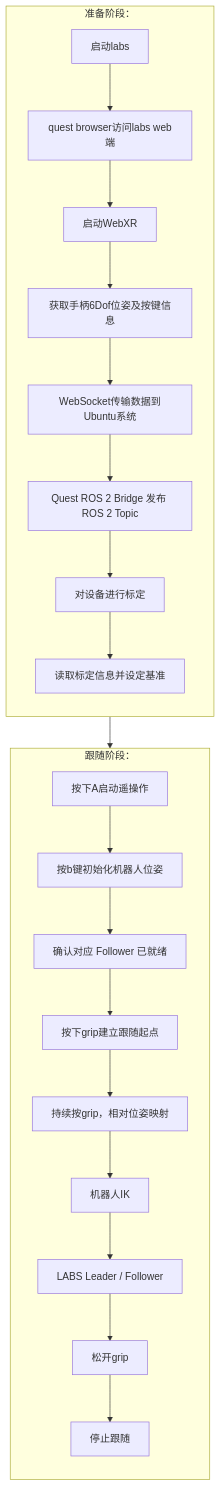
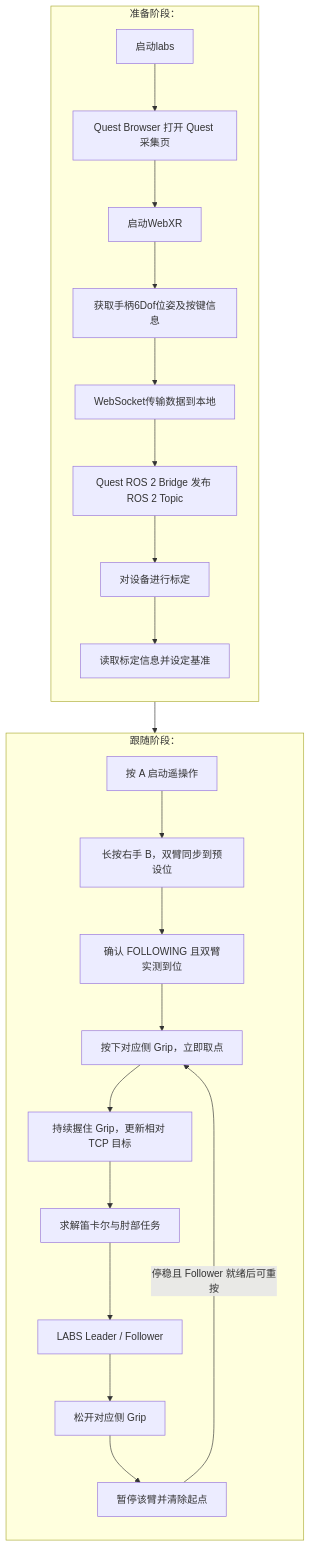
Before and after one commit to YYxzz8866/Quest-Proposal: the third of 7 diagrams in Quest.md, drawn with Mermaid. The commit also changed other lines of this file and 9 other files, not shown here.

````diff
--- a/Quest.md
+++ b/Quest.md
@@ -302,42 +302,43 @@
 ```mermaid
 flowchart TD
     subgraph PREP["准备阶段："]
         direction TB
         N123["启动labs"]
-        N124["quest browser访问labs web端"]
+        N124["Quest Browser 打开 Quest 采集页"]
         N125["启动WebXR"]
         N126["获取手柄6Dof位姿及按键信息"]
-        N127["WebSocket传输数据到Ubuntu系统"]
+        N127["WebSocket传输数据到本地"]
         N128["Quest ROS 2 Bridge 发布 ROS 2 Topic"]
         N129["对设备进行标定"]
         N130["读取标定信息并设定基准"]
         N123 --> N124
         N124 --> N125
         N125 --> N126
         N126 --> N127
         N127 --> N128
         N128 --> N129
         N129 --> N130
     end
     subgraph FOLLOW["跟随阶段："]
         direction TB
-        N132["按下A启动遥操作"]
-        N133["按b键初始化机器人位姿"]
-        N134["确认对应 Follower 已就绪"]
-        N135["按下grip建立跟随起点"]
-        N136["持续按grip，相对位姿映射"]
-        N137["机器人IK"]
+        N132["按 A 启动遥操作"]
+        N133["长按右手 B，双臂同步到预设位"]
+        N134["确认 FOLLOWING 且双臂实测到位"]
+        N135["按下对应侧 Grip，立即取点"]
+        N136["持续握住 Grip，更新相对 TCP 目标"]
+        N137["求解笛卡尔与肘部任务"]
         N138["LABS Leader / Follower"]
-        N139["松开grip"]
-        N140["停止跟随"]
+        N139["松开对应侧 Grip"]
+        N140["暂停该臂并清除起点"]
         N132 --> N133
         N133 --> N134
         N134 --> N135
         N135 --> N136
         N136 --> N137
         N137 --> N138
         N138 --> N139
         N139 --> N140
+        N140 -->|停稳且 Follower 就绪后可重按| N135
     end
     N130 --> N132
 ```
````
